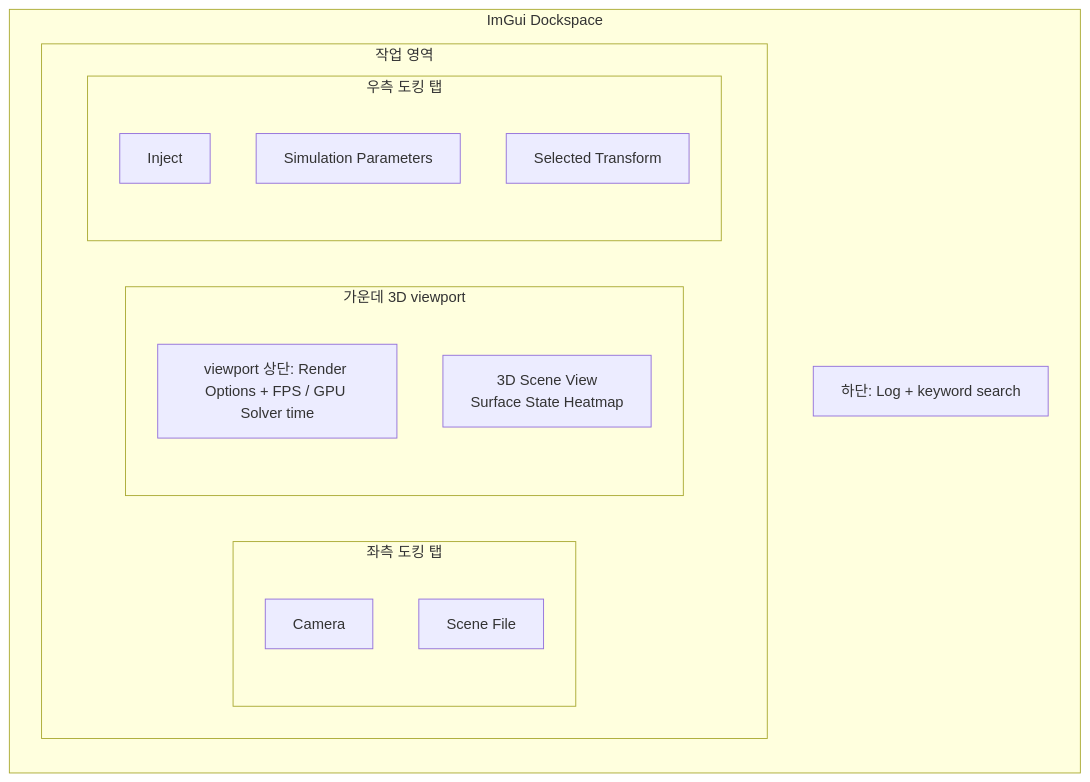
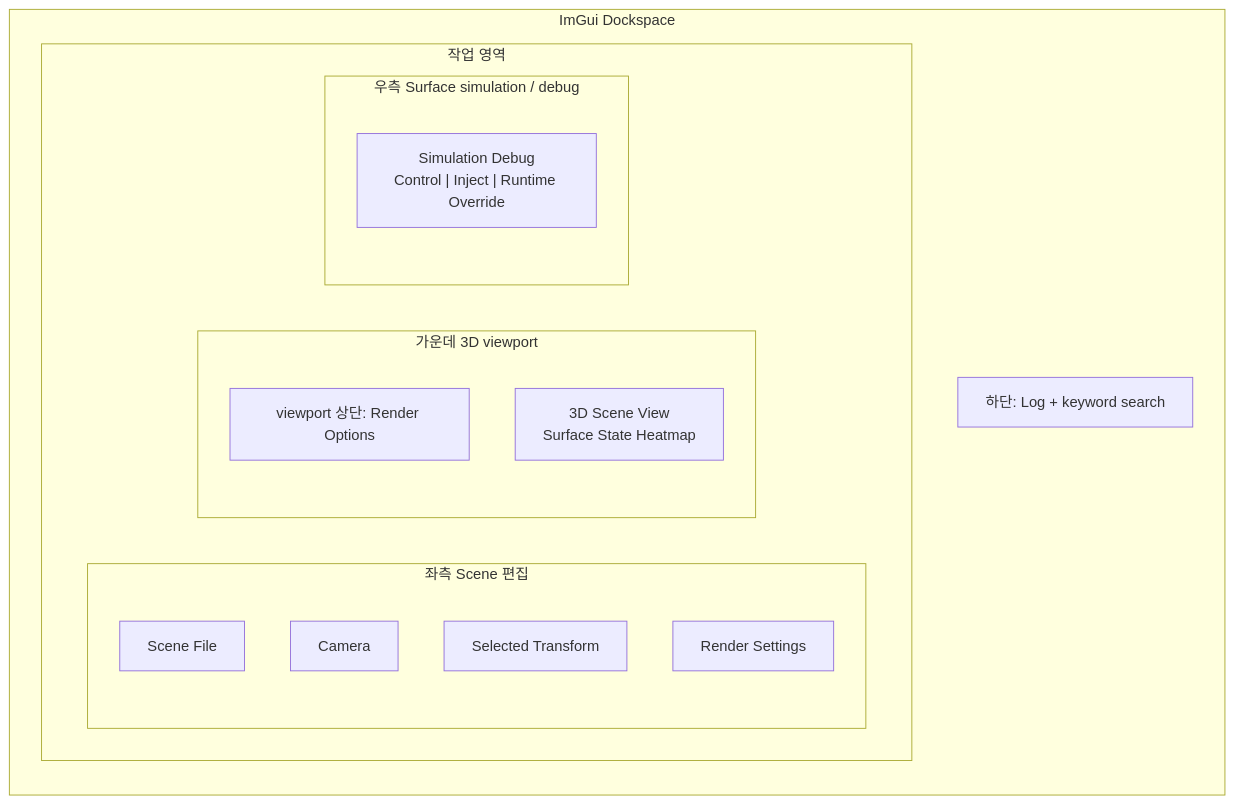
The first of 3 diagrams in Docs/MDSSP-Vault/03_Architecture/0009_UI-Interface.md (Yonaim/Material-Dependent-Surface-State-Engine), drawn with Mermaid before and after one commit. The commit also changed other lines of this file and 11 other files, not shown here.

````diff
--- a/Docs/MDSSP-Vault/03_Architecture/0009_UI-Interface.md
+++ b/Docs/MDSSP-Vault/03_Architecture/0009_UI-Interface.md
@@ -34,26 +36,26 @@
 ```mermaid
 flowchart TB
   subgraph Dockspace["ImGui Dockspace"]
     direction TB
     subgraph WorkArea["작업 영역"]
       direction LR
-      subgraph Left["좌측 도킹 탭"]
+      subgraph Left["좌측 Scene 편집"]
         direction TB
+        SceneFile["Scene File"]
         Camera["Camera"]
-        SceneFile["Scene File"]
+        Transform["Selected Transform"]
+        RenderSettings["Render Settings"]
       end
       subgraph Center["가운데 3D viewport"]
         direction TB
-        Toolbar["viewport 상단: Render Options + FPS / GPU Solver time"]
+        Toolbar["viewport 상단: Render Options"]
         Viewport["3D Scene View\nSurface State Heatmap"]
       end
-      subgraph Right["우측 도킹 탭"]
+      subgraph Right["우측 Surface simulation / debug"]
         direction TB
-        Inject["Inject"]
-        Parameters["Simulation Parameters"]
-        Transform["Selected Transform"]
+        SimulationDebug["Simulation Debug\nControl | Inject | Runtime Override"]
       end
     end
     Log["하단: Log + keyword search"]
   end
 ```
````
